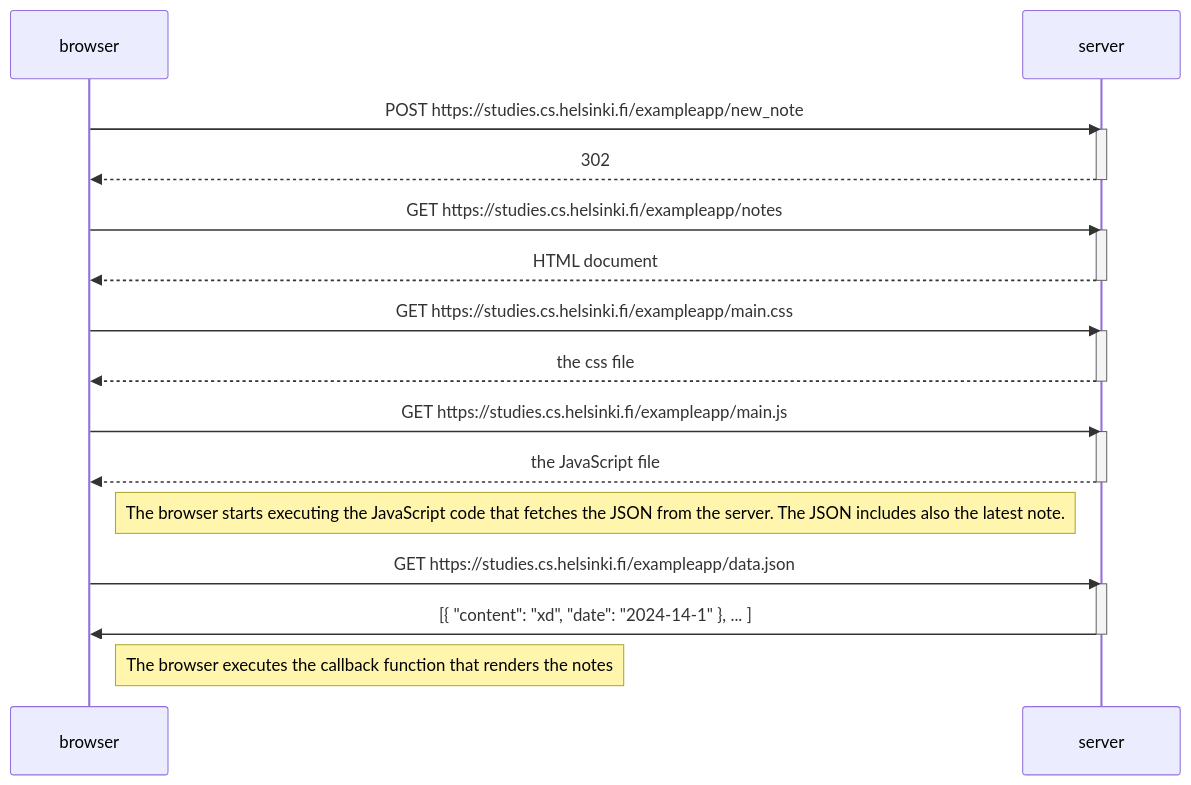
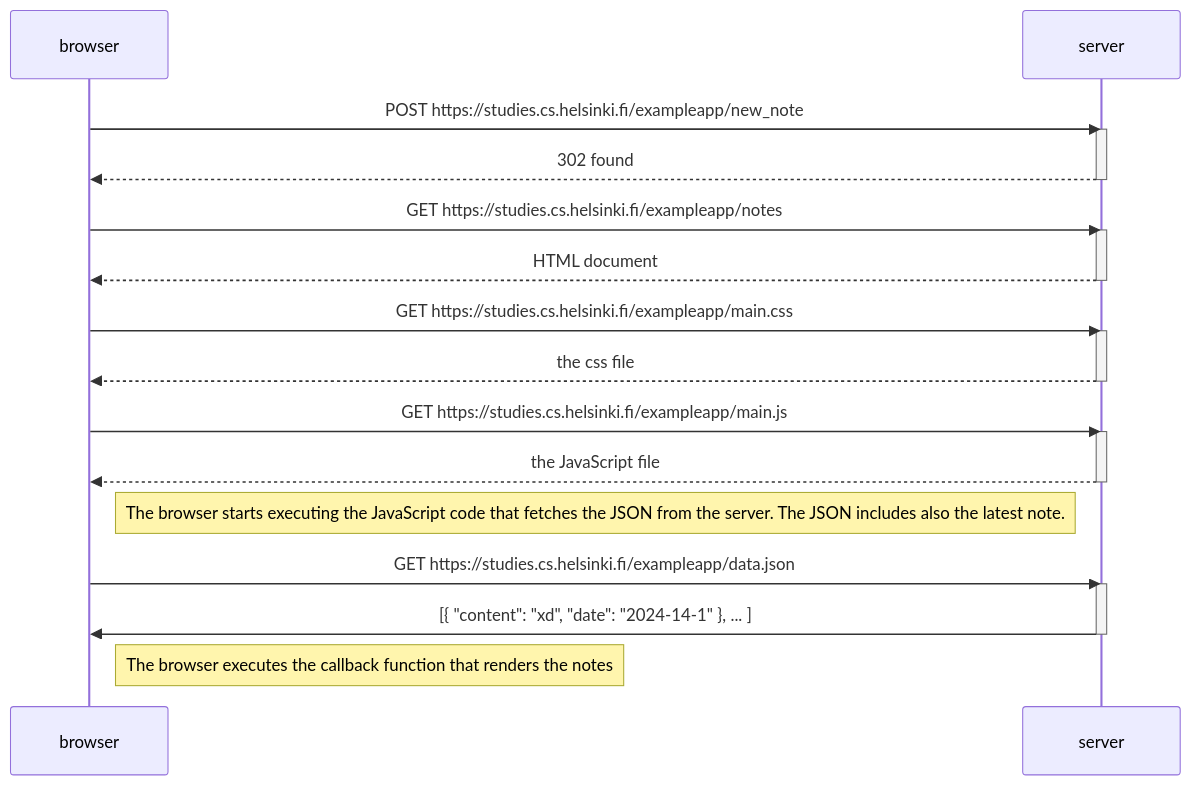
Before and after one commit to Juhok1/Juhosrepository: the diagram in sekvenssikaavio.md, drawn with Mermaid.

````diff
--- a/sekvenssikaavio.md
+++ b/sekvenssikaavio.md
@@ -1,35 +1,35 @@
 ``` mermaid
 sequenceDiagram
     participant browser
     participant server
     
     browser->>server: POST https://studies.cs.helsinki.fi/exampleapp/new_note
     activate server
-    server-->>browser: 302 
+    server-->>browser: 302 found
     deactivate server
     
     browser->>server: GET https://studies.cs.helsinki.fi/exampleapp/notes
     activate server
     server-->>browser: HTML document
     deactivate server
     
     browser->>server: GET https://studies.cs.helsinki.fi/exampleapp/main.css
     activate server
     server-->>browser: the css file
     deactivate server
     
     browser->>server: GET https://studies.cs.helsinki.fi/exampleapp/main.js
     activate server
     server-->>browser: the JavaScript file
     deactivate server    
 
     Note right of browser: The browser starts executing the JavaScript code that fetches the JSON from the server. The JSON includes also the latest note.
 
    
     browser->>server: GET https://studies.cs.helsinki.fi/exampleapp/data.json
     activate server
     server->>browser: [{ "content": "xd", "date": "2024-14-1" }, ... ]
     deactivate server
 
      Note right of browser: The browser executes the callback function that renders the notes
 ```
````
